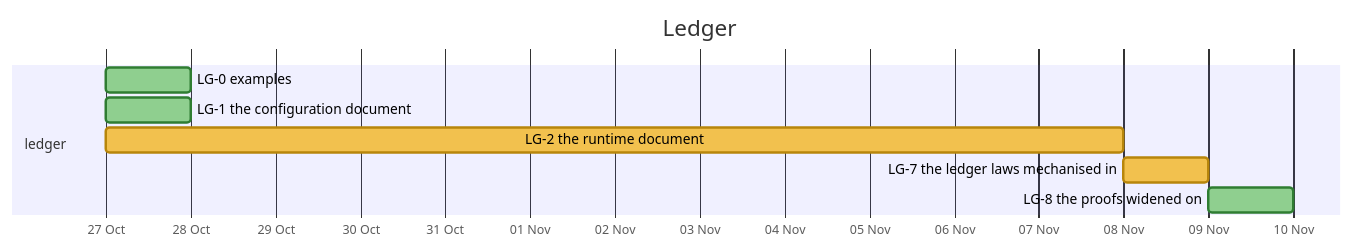
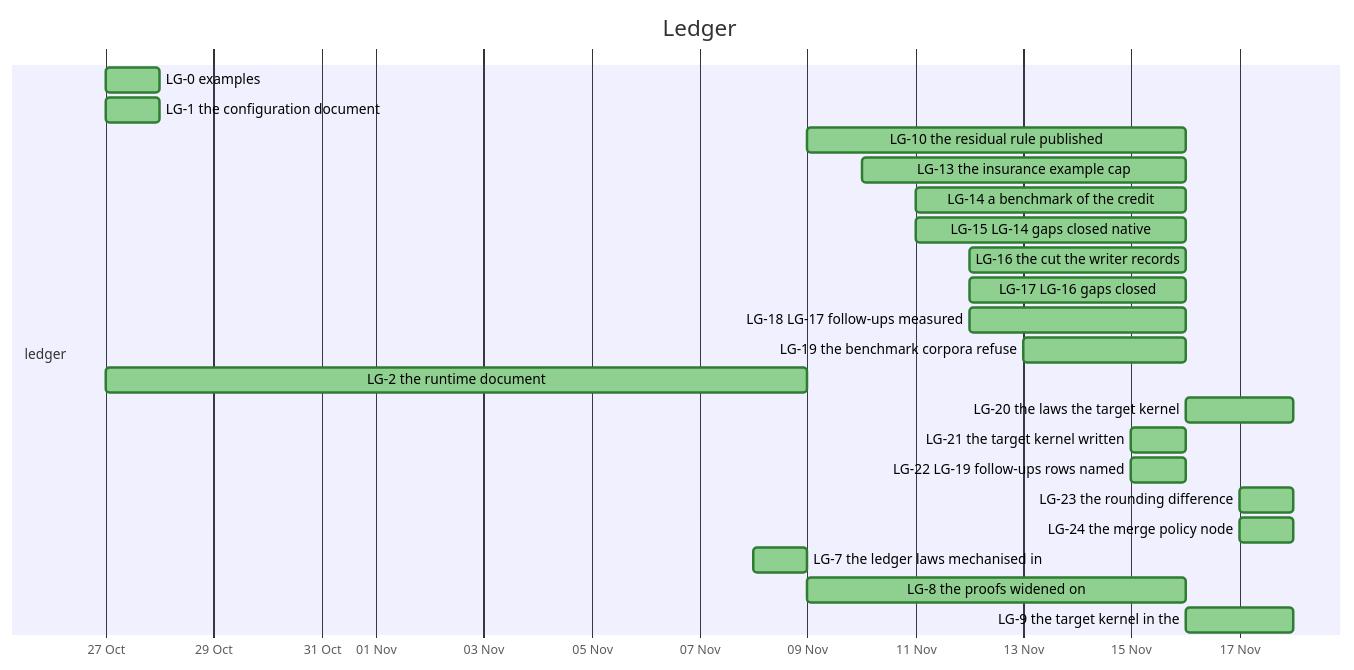
Before and after one commit to nebularis/lattice: the tenth of 32 diagrams in docs/developer/ROADMAP.md, drawn with Mermaid. The commit also changed other lines of this file, not shown here.

First line of the commit message:
[studio-visual-authoring] Refresh the roadmap's generated sections after SVA-P1a

````diff
--- a/docs/developer/ROADMAP.md
+++ b/docs/developer/ROADMAP.md
@@ -334,13 +336,27 @@
 ```mermaid
 %%{init: {"themeVariables": {"taskBkgColor": "#f2c14e", "taskBorderColor": "#b8860b", "taskTextColor": "#000000", "activeTaskBkgColor": "#4e9af1", "activeTaskBorderColor": "#1f5fbf", "activeTaskBorderColor": "#1f5fbf", "doneTaskBkgColor": "#8fcf8f", "doneTaskBorderColor": "#2f7d32", "critBkgColor": "#f28b82", "critBorderColor": "#b23a30", "taskTextDarkColor": "#000000", "taskTextLightColor": "#000000"}}}%%
 gantt
     title Ledger
     dateFormat YYYY-MM-DD
     axisFormat %d %b
     section ledger
     LG-0 examples :done, lg0, 2026-10-27, 2026-10-28
     LG-1 the configuration document :done, lg1, 2026-10-27, 2026-10-28
-    LG-2 the runtime document :lg2, 2026-10-27, 2026-11-08
-    LG-7 the ledger laws mechanised in :lg7, 2026-11-08, 2026-11-09
-    LG-8 the proofs widened on :done, lg8, 2026-11-09, 2026-11-10
+    LG-10 the residual rule published :done, lg10, 2026-11-09, 2026-11-16
+    LG-13 the insurance example cap :done, lg13, 2026-11-10, 2026-11-16
+    LG-14 a benchmark of the credit :done, lg14, 2026-11-11, 2026-11-16
+    LG-15 LG-14 gaps closed native :done, lg15, 2026-11-11, 2026-11-16
+    LG-16 the cut the writer records :done, lg16, 2026-11-12, 2026-11-16
+    LG-17 LG-16 gaps closed :done, lg17, 2026-11-12, 2026-11-16
+    LG-18 LG-17 follow-ups measured :done, lg18, 2026-11-12, 2026-11-16
+    LG-19 the benchmark corpora refuse :done, lg19, 2026-11-13, 2026-11-16
+    LG-2 the runtime document :done, lg2, 2026-10-27, 2026-11-09
+    LG-20 the laws the target kernel :done, lg20, 2026-11-16, 2026-11-18
+    LG-21 the target kernel written :done, lg21, 2026-11-15, 2026-11-16
+    LG-22 LG-19 follow-ups rows named :done, lg22, 2026-11-15, 2026-11-16
+    LG-23 the rounding difference :done, lg23, 2026-11-17, 2026-11-18
+    LG-24 the merge policy node :done, lg24, 2026-11-17, 2026-11-18
+    LG-7 the ledger laws mechanised in :done, lg7, 2026-11-08, 2026-11-09
+    LG-8 the proofs widened on :done, lg8, 2026-11-09, 2026-11-16
+    LG-9 the target kernel in the :done, lg9, 2026-11-16, 2026-11-18
 ```
````
